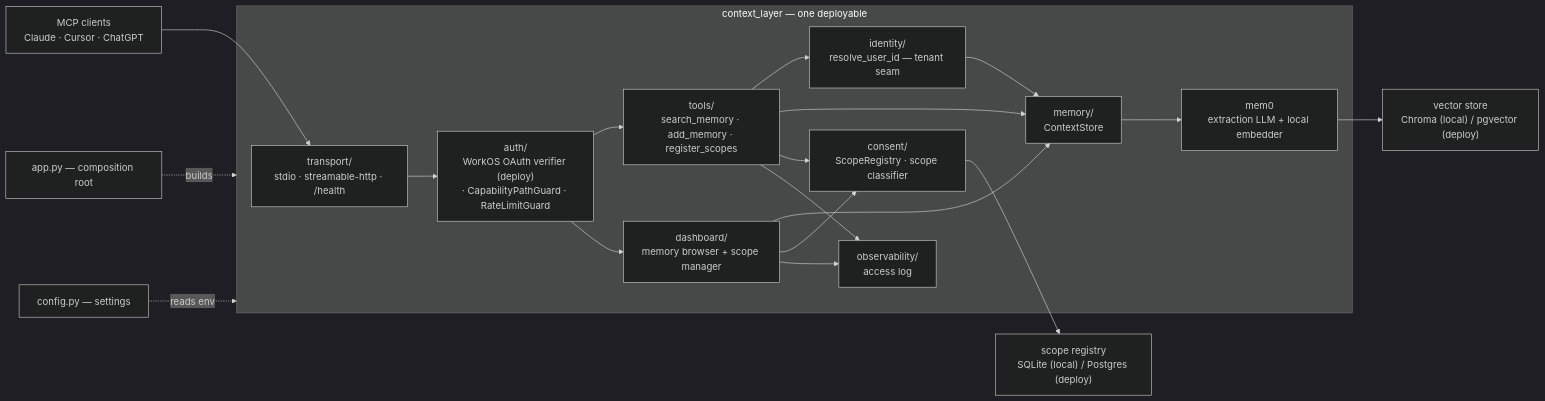
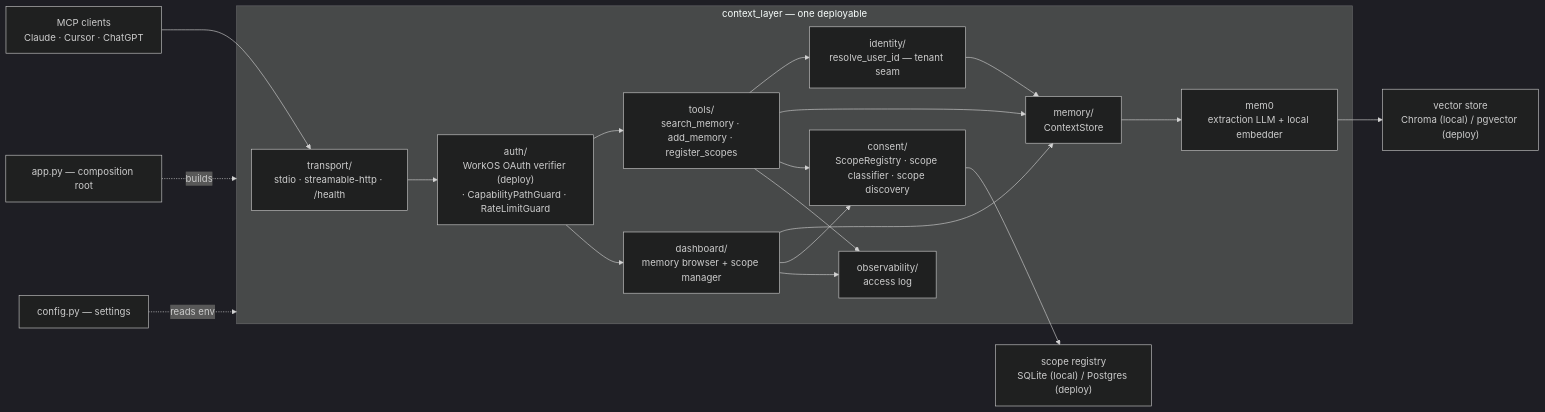
One commit to wanyuenmei/personal_mem changed the diagram in ARCHITECTURE.md. Above: the diagram before and after it, drawn with Mermaid (dark theme). The commit also changed other lines of this file and 8 other files, not shown here.

````diff
--- a/ARCHITECTURE.md
+++ b/ARCHITECTURE.md
@@ -9,24 +9,24 @@
 ```mermaid
 flowchart LR
   clients["MCP clients<br/>Claude · Cursor · ChatGPT"] --> transport
 
   subgraph app["context_layer — one deployable"]
     transport["transport/<br/>stdio · streamable-http · /health"] --> guards
     guards["auth/<br/>WorkOS OAuth verifier (deploy)<br/>· CapabilityPathGuard · RateLimitGuard"] --> tools
     guards --> dash
     tools["tools/<br/>search_memory · add_memory · register_scopes"] --> identity
     tools --> store
-    tools --> consent["consent/<br/>ScopeRegistry · scope classifier"]
+    tools --> consent["consent/<br/>ScopeRegistry · scope classifier · scope discovery"]
     tools --> obs["observability/<br/>access log"]
     dash["dashboard/<br/>memory browser + scope manager"] --> store
     dash --> consent
     dash --> obs
     identity["identity/<br/>resolve_user_id — tenant seam"] --> store
     store["memory/<br/>ContextStore"] --> mem0["mem0<br/>extraction LLM + local embedder"]
   end
 
   mem0 --> vs["vector store<br/>Chroma (local) / pgvector (deploy)"]
   consent --> regdb["scope registry<br/>SQLite (local) / Postgres (deploy)"]
   app_py["app.py — composition root"] -.builds.-> app
   config["config.py — settings"] -.reads env.-> app
 ```
````
